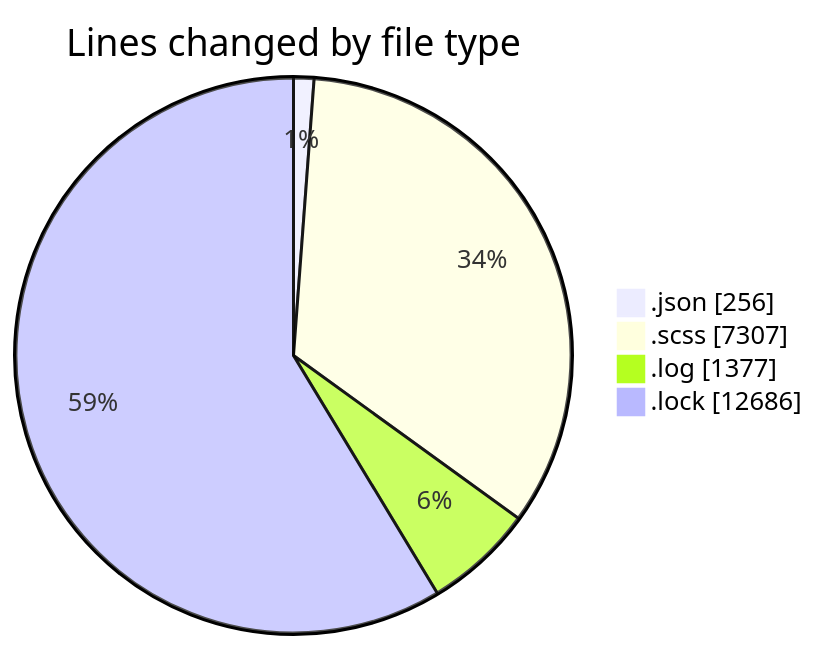
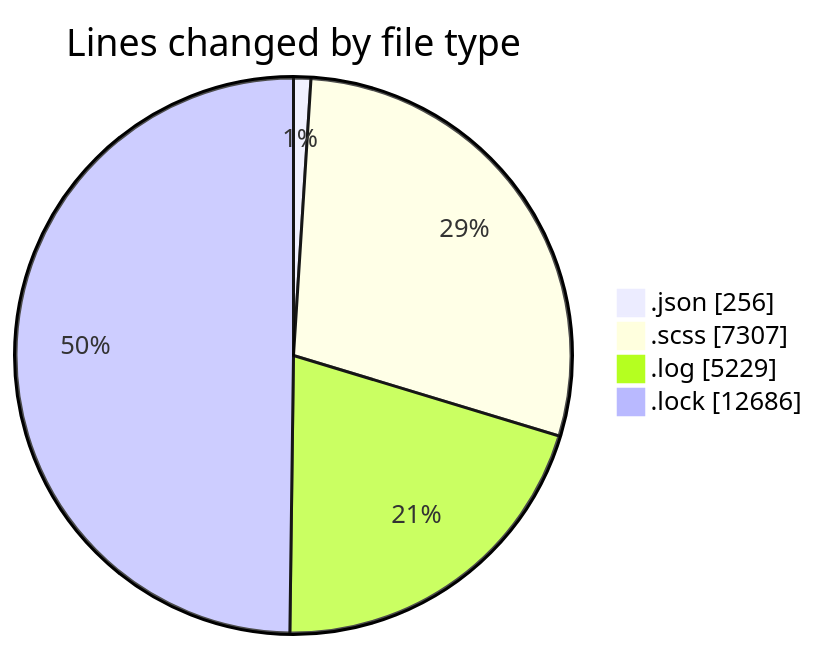
Before and after one commit to momahboobian/code-tracking: the first of 2 diagrams in 2026-01-22/cda/README.md, drawn with Mermaid. The commit also changed other lines of this file and 1 other file, not shown here.

````diff
--- a/2026-01-22/cda/README.md
+++ b/2026-01-22/cda/README.md
@@ -80,8 +80,8 @@
 ```mermaid
 pie showData
 title Lines changed by file type
 ".json" : 256
 ".scss" : 7307
-".log" : 1377
+".log" : 5229
 ".lock" : 12686
 ```
````
